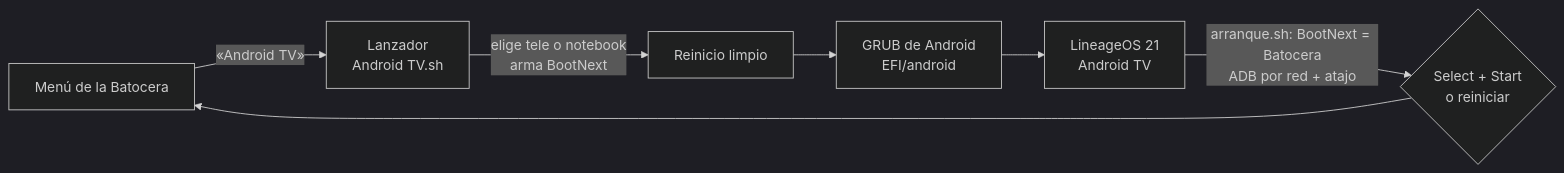
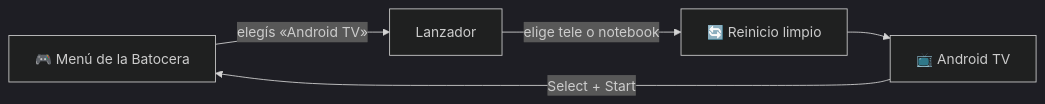
One commit to RichardS-Groove/batocera-android-tv-rs-groove changed the diagram in README.md. Above: the diagram before and after it, drawn with Mermaid (dark theme). The commit also changed other lines of this file and 27 other files, not shown here.

````diff
--- a/README.md
+++ b/README.md
@@ -44,9 +54,7 @@
 ```mermaid
 flowchart LR
-    A[Menú de la Batocera] -->|«Android TV»| B[Lanzador<br/>Android TV.sh]
-    B -->|elige tele o notebook<br/>arma BootNext| C[Reinicio limpio]
-    C --> D[GRUB de Android<br/>EFI/android]
-    D --> E[LineageOS 21<br/>Android TV]
-    E -->|arranque.sh: BootNext = Batocera<br/>ADB por red + atajo| F{Select + Start<br/>o reiniciar}
-    F --> A
+    A[🎮 Menú de la Batocera] -->|elegís «Android TV»| B[Lanzador]
+    B -->|elige tele o notebook| C[🔄 Reinicio limpio]
+    C --> D[📺 Android TV]
+    D -->|Select + Start| A
 ```
````
